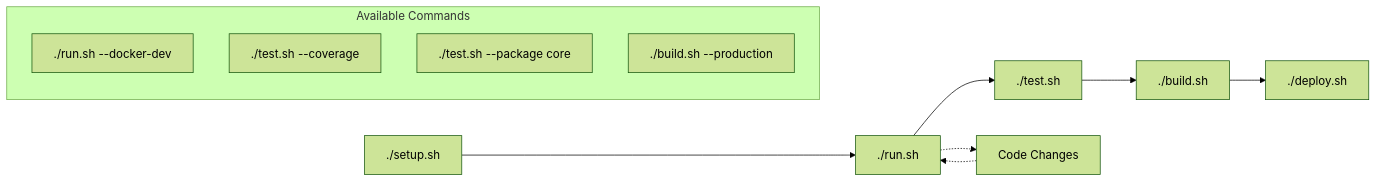
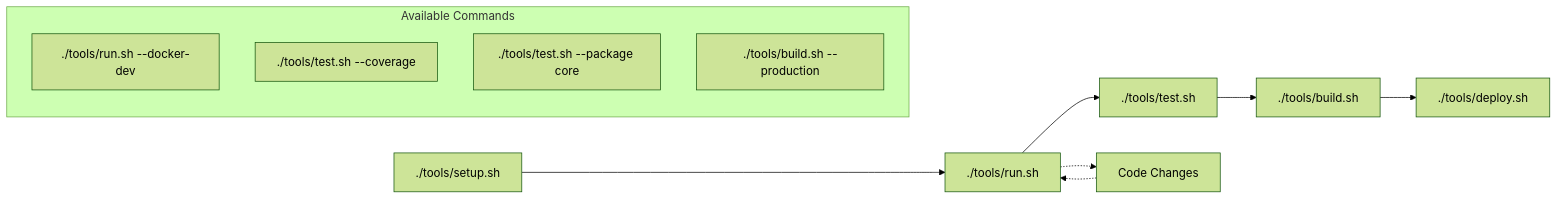
Diagram 12 of 13 in docs/detailed-overview.md (GraphDone/GraphDone-Core), drawn with Mermaid (forest theme) before and after one commit. The commit also changed other lines of this file and 14 other files, not shown here.

````diff
--- a/docs/detailed-overview.md
+++ b/docs/detailed-overview.md
@@ -496,17 +496,17 @@
 ```mermaid
 graph LR
-    START[./setup.sh] --> DEV[./run.sh]
-    DEV --> TEST[./test.sh]
-    TEST --> BUILD[./build.sh]
-    BUILD --> DEPLOY[./deploy.sh]
+    START[./tools/setup.sh] --> DEV[./tools/run.sh]
+    DEV --> TEST[./tools/test.sh]
+    TEST --> BUILD[./tools/build.sh]
+    BUILD --> DEPLOY[./tools/deploy.sh]
     
     DEV -.-> CODE[Code Changes]
     CODE -.-> DEV
     
     subgraph "Available Commands"
-        RUN1[./run.sh --docker-dev]
-        RUN2[./test.sh --coverage]
-        RUN3[./test.sh --package core]
-        BUILD1[./build.sh --production]
+        RUN1[./tools/run.sh --docker-dev]
+        RUN2[./tools/test.sh --coverage]
+        RUN3[./tools/test.sh --package core]
+        BUILD1[./tools/build.sh --production]
     end
 ```
````
